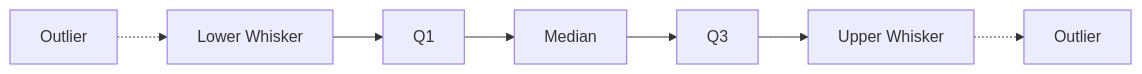
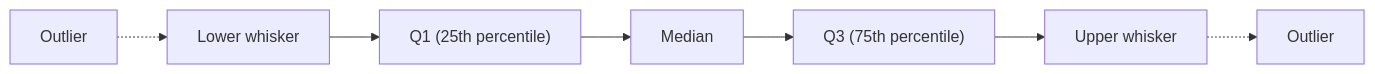
One commit to mhd-riaz/data-scientist-roadmap changed the fifth of 5 diagrams in semester-1/05-supervised-ml-regression/notes/01-introduction.md. Above: the diagram before and after it, drawn with Mermaid. The commit also changed other lines of this file and 5 other files, not shown here.

````diff
--- a/semester-1/05-supervised-ml-regression/notes/01-introduction.md
+++ b/semester-1/05-supervised-ml-regression/notes/01-introduction.md
@@ -309,9 +529,9 @@
 ```mermaid
 flowchart LR
-    O1[Outlier] -.-> W1[Lower Whisker]
-    W1 --> Q1[Q1]
-    Q1 --> M[Median]
-    M --> Q3[Q3]
-    Q3 --> W2[Upper Whisker]
-    W2 -.-> O2[Outlier]
+    O1["Outlier"] -.-> W1["Lower whisker"]
+    W1 --> Q1["Q1 (25th percentile)"]
+    Q1 --> M["Median"]
+    M --> Q3["Q3 (75th percentile)"]
+    Q3 --> W2["Upper whisker"]
+    W2 -.-> O2["Outlier"]
 ```
````
